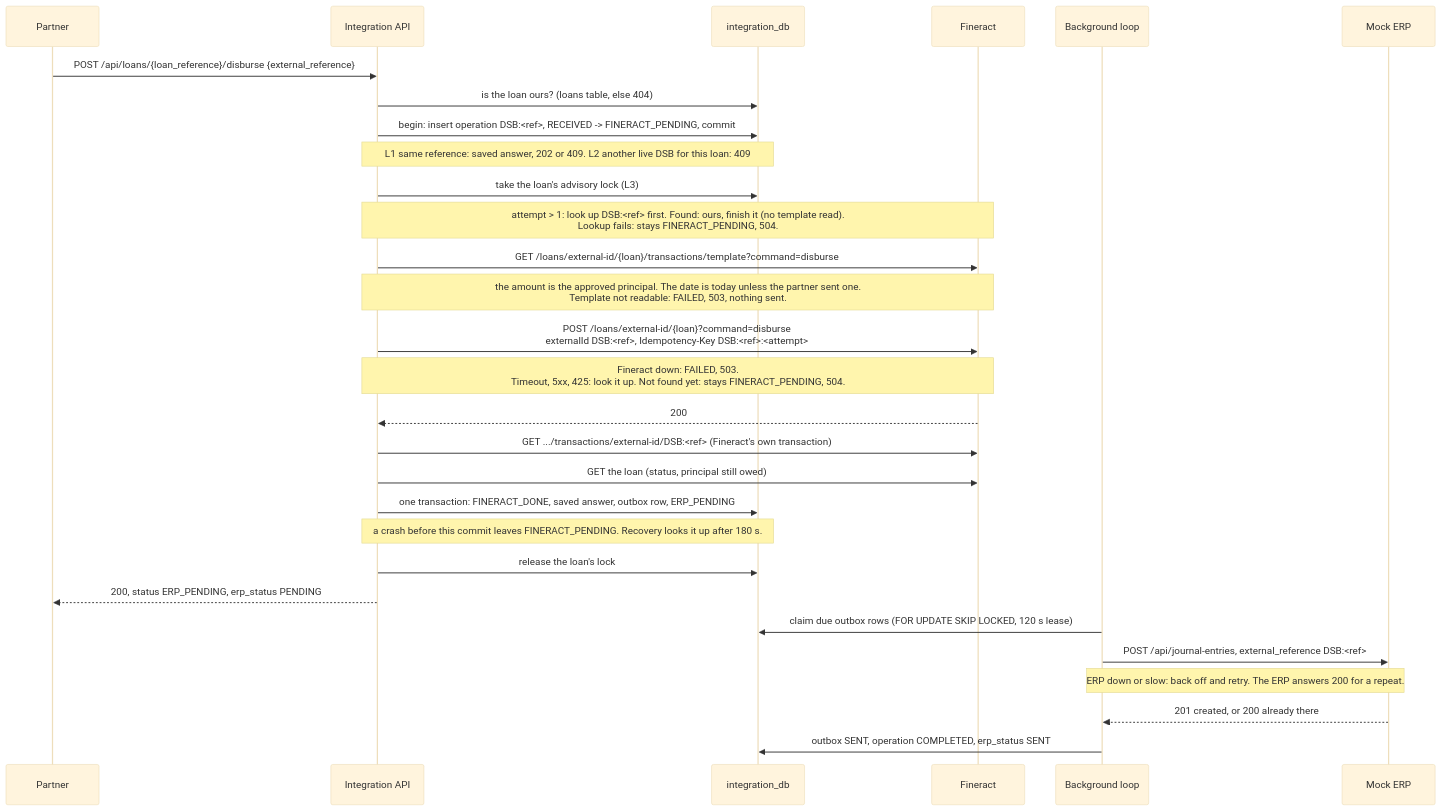
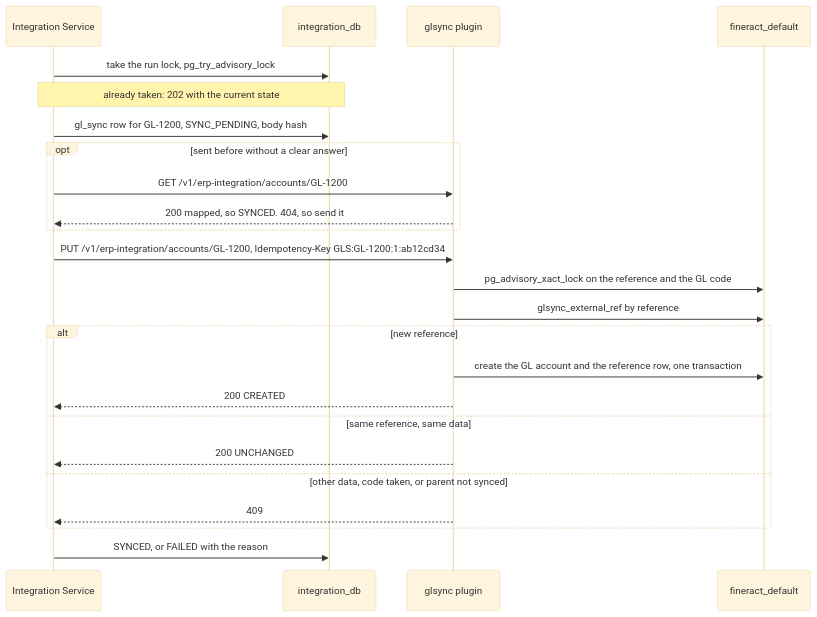
The third of 7 diagrams in ARCHITECTURE.md (wmnjuguna/Inkomoko-Interview), drawn with Mermaid (base theme) before and after one commit. The commit also changed other lines of this file, not shown here.

Commit message:
docs: rewrite ARCHITECTURE

````diff
--- a/ARCHITECTURE.md
+++ b/ARCHITECTURE.md
@@ -205,31 +54,26 @@
 ```mermaid
 sequenceDiagram
-  participant P as Partner
-  participant API as Integration API
+  participant S as Integration Service
   participant DB as integration_db
-  participant F as Fineract
-  participant W as Background loop
-  participant E as Mock ERP
-  P->>API: POST /api/loans/{loan_reference}/disburse {external_reference}
-  API->>DB: is the loan ours? (loans table, else 404)
-  API->>DB: begin: insert operation DSB:<ref>, RECEIVED -> FINERACT_PENDING, commit
-  Note over API,DB: L1 same reference: saved answer, 202 or 409. L2 another live DSB for this loan: 409
-  API->>DB: take the loan's advisory lock (L3)
-  Note over API,F: attempt > 1: look up DSB:<ref> first. Found: ours, finish it (no template read).<br/>Lookup fails: stays FINERACT_PENDING, 504.
-  API->>F: GET /loans/external-id/{loan}/transactions/template?command=disburse
-  Note over API,F: the amount is the approved principal. The date is today unless the partner sent one.<br/>Template not readable: FAILED, 503, nothing sent.
-  API->>F: POST /loans/external-id/{loan}?command=disburse<br/>externalId DSB:<ref>, Idempotency-Key DSB:<ref>:<attempt>
-  Note over API,F: Fineract down: FAILED, 503.<br/>Timeout, 5xx, 425: look it up. Not found yet: stays FINERACT_PENDING, 504.
-  F-->>API: 200
-  API->>F: GET .../transactions/external-id/DSB:<ref> (Fineract's own transaction)
-  API->>F: GET the loan (status, principal still owed)
-  API->>DB: one transaction: FINERACT_DONE, saved answer, outbox row, ERP_PENDING
-  Note over API,DB: a crash before this commit leaves FINERACT_PENDING. Recovery looks it up after 180 s.
-  API->>DB: release the loan's lock
-  API-->>P: 200, status ERP_PENDING, erp_status PENDING
-  W->>DB: claim due outbox rows (FOR UPDATE SKIP LOCKED, 120 s lease)
-  W->>E: POST /api/journal-entries, external_reference DSB:<ref>
-  Note over W,E: ERP down or slow: back off and retry. The ERP answers 200 for a repeat.
-  E-->>W: 201 created, or 200 already there
-  W->>DB: outbox SENT, operation COMPLETED, erp_status SENT
+  participant PL as glsync plugin
+  participant FDB as fineract_default
+  S->>DB: take the run lock, pg_try_advisory_lock
+  Note over S,DB: already taken: 202 with the current state
+  S->>DB: gl_sync row for GL-1200, SYNC_PENDING, body hash
+  opt sent before without a clear answer
+    S->>PL: GET /v1/erp-integration/accounts/GL-1200
+    PL-->>S: 200 mapped, so SYNCED. 404, so send it
+  end
+  S->>PL: PUT /v1/erp-integration/accounts/GL-1200, Idempotency-Key GLS:GL-1200:1:ab12cd34
+  PL->>FDB: pg_advisory_xact_lock on the reference and the GL code
+  PL->>FDB: glsync_external_ref by reference
+  alt new reference
+    PL->>FDB: create the GL account and the reference row, one transaction
+    PL-->>S: 200 CREATED
+  else same reference, same data
+    PL-->>S: 200 UNCHANGED
+  else other data, code taken, or parent not synced
+    PL-->>S: 409
+  end
+  S->>DB: SYNCED, or FAILED with the reason
 ```
````
